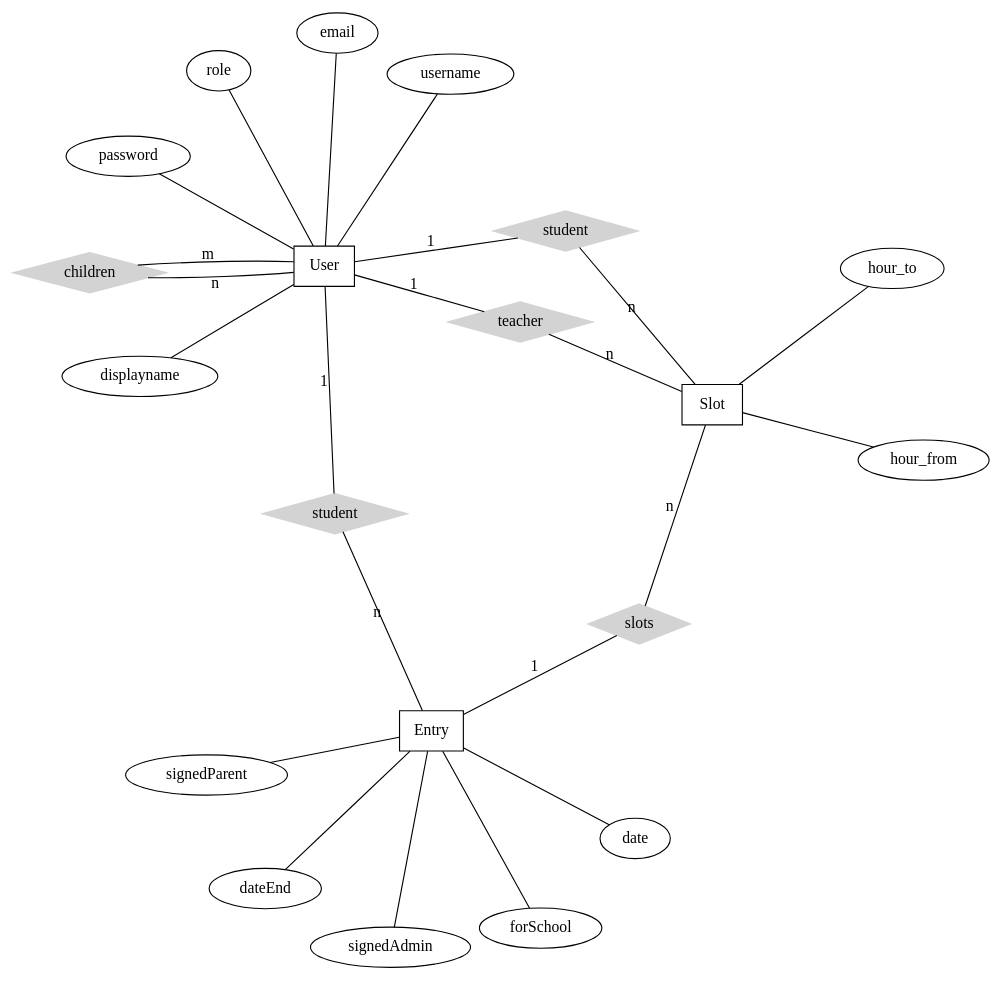
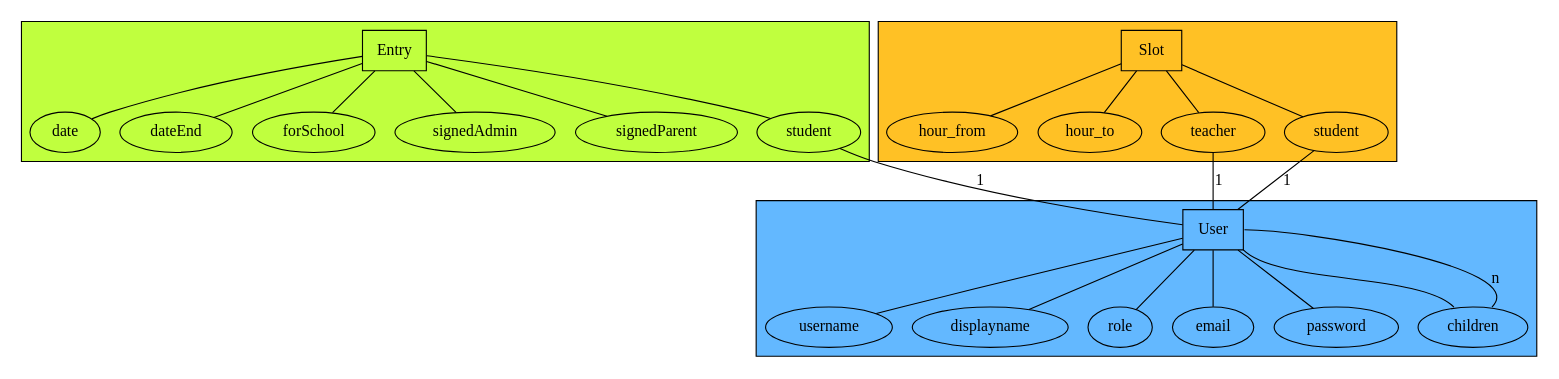
Before and after one commit to Skn0tt/EntE: the diagram in resources/Paper/DB.gv, drawn with Graphviz. The commit also changed 2 other files, not shown here.

```diff
--- a/resources/Paper/DB.gv
+++ b/resources/Paper/DB.gv
@@ -1,67 +1,60 @@
 graph ER {
-  layout = neato;
+  layout = dot;
   overlap = false;
 
   // Entities
   // User
-	node [shape=box]; User;
-	
-  User -- { node [shape=ellipse];
-    username;
-    displayname;
-    role;
-    email;
-    password;
-  };
+  subgraph clusterUser {
+    style=filled
+    bgcolor=steelblue1
+    node [shape=box]; User;
+    node [shape=ellipse];
+    User -- {
+      username;
+      displayname;
+      role;
+      email;
+      password;
+    };
+
+    User:se -- children:nw;
+  }
 
   // Entry
-  node [shape=box]; Entry;
-	
-  Entry -- { node [shape=ellipse];
-    date;
-    dateEnd;
-    forSchool;
-    signedAdmin;
-    signedParent;
-  };
-
+  subgraph clusterEntry {
+    style=filled
+    bgcolor=olivedrab1
+    node [shape=box]; Entry;
+    node [shape=ellipse];
+    Entry -- {
+      date;
+      dateEnd;
+      forSchool;
+      signedAdmin;
+      signedParent;
+      student;
+    };
+  }
+  
   // Slot
-  node [shape=box]; Slot;
-	
-  Slot -- { node [shape=ellipse];
-    hour_from;
-    hour_to;
-  };
-
-  // Relationships
-	node [
-    shape=diamond;
-    style=filled;
-    color=lightgrey;
-  ]
-
-  node [] {
-    slots;
-    teacher;
-    children;
-  }
-  node [ label="student"] {
-    student;
-    student2;
+  subgraph clusterSlot {
+    style=filled
+    bgcolor=goldenrod1
+    node [shape=box];Slot;
+    node [shape=ellipse];
+    Slot -- {
+      hour_from;
+      hour_to;
+      teacher;
+    };
+    Slot -- { node [label="student"] student2 };
   }
 
-  User -- children [label="n"];
-  children -- User [label="m"];
-
-  Entry -- student [label="n"];
+  children:ne -- User:e [label="n"];
+  
   student -- User [label="1"];
 
-  Entry -- slots [label="1"];
-  slots -- Slot [label="n"];
-
-  Slot -- teacher [label="n"];
   teacher -- User [label="1"];
   
-  Slot -- student2 [label="n"];
   student2 -- User [label="1"];
 }
```
